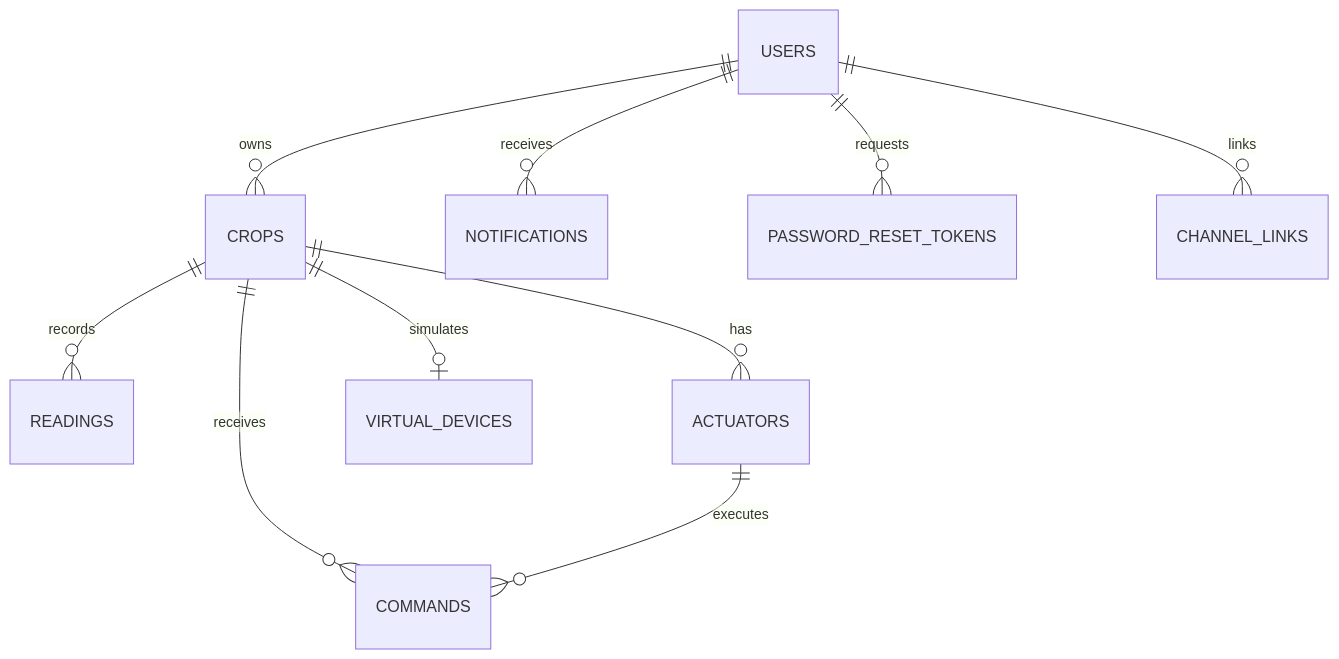
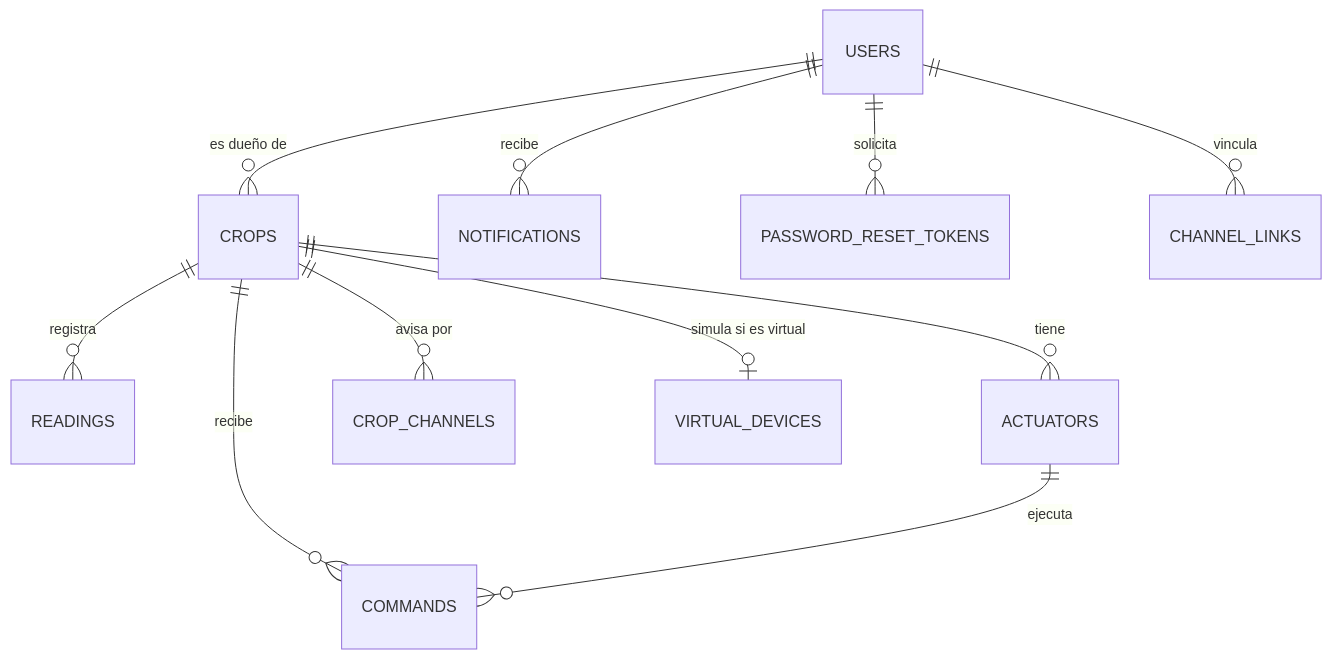
Before and after one commit to SmartPotTech/SmartPot-DB: the diagram in README.md, drawn with Mermaid. The commit also changed other lines of this file, not shown here.

First line of the commit message:
Document ten collections with crop placement and crop channels

````diff
--- a/README.md
+++ b/README.md
@@ -42,12 +42,13 @@
 ```mermaid
 erDiagram
-  USERS ||--o{ CROPS : owns
-  USERS ||--o{ NOTIFICATIONS : receives
-  USERS ||--o{ PASSWORD_RESET_TOKENS : requests
-  CROPS ||--o{ READINGS : records
-  CROPS ||--o{ ACTUATORS : has
-  CROPS ||--o{ COMMANDS : receives
-  ACTUATORS ||--o{ COMMANDS : executes
-  USERS ||--o{ CHANNEL_LINKS : links
-  CROPS ||--o| VIRTUAL_DEVICES : simulates
+  USERS ||--o{ CROPS : "es dueño de"
+  USERS ||--o{ NOTIFICATIONS : "recibe"
+  USERS ||--o{ PASSWORD_RESET_TOKENS : "solicita"
+  CROPS ||--o{ READINGS : "registra"
+  CROPS ||--o{ ACTUATORS : "tiene"
+  CROPS ||--o{ COMMANDS : "recibe"
+  ACTUATORS ||--o{ COMMANDS : "ejecuta"
+  USERS ||--o{ CHANNEL_LINKS : "vincula"
+  CROPS ||--o{ CROP_CHANNELS : "avisa por"
+  CROPS ||--o| VIRTUAL_DEVICES : "simula si es virtual"
 ```
````
